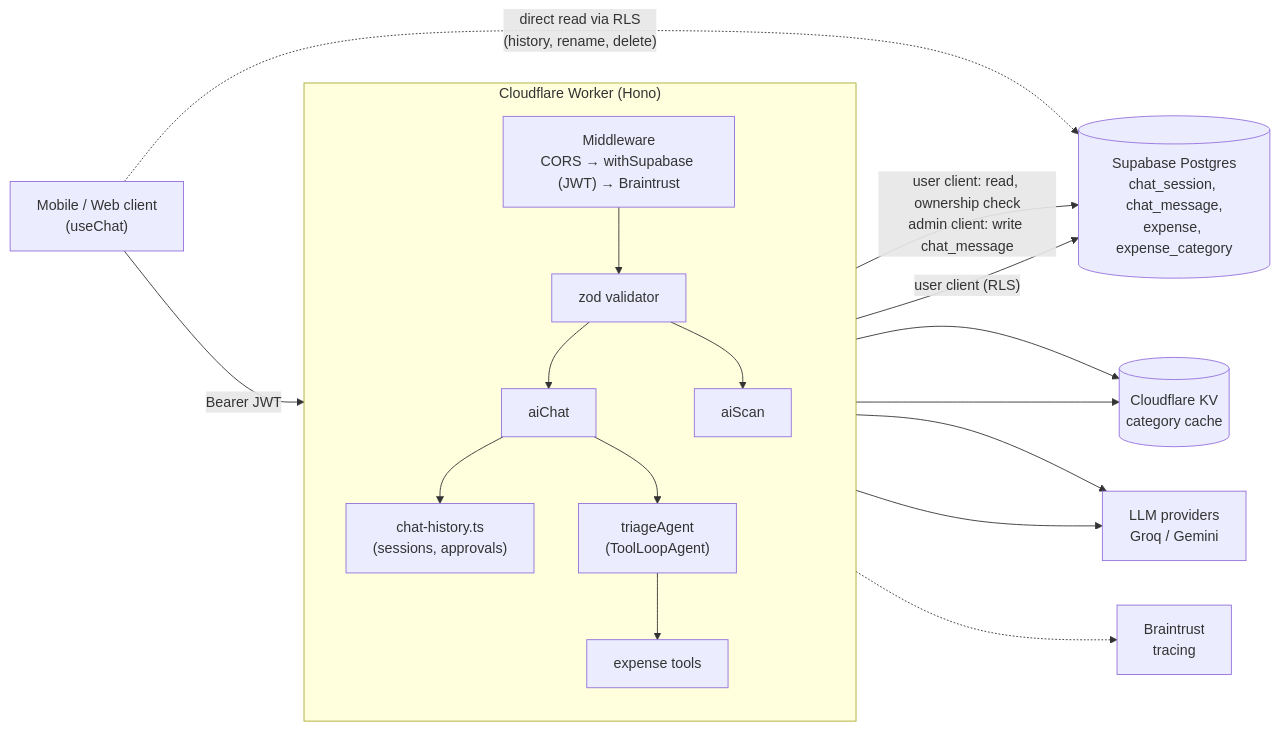
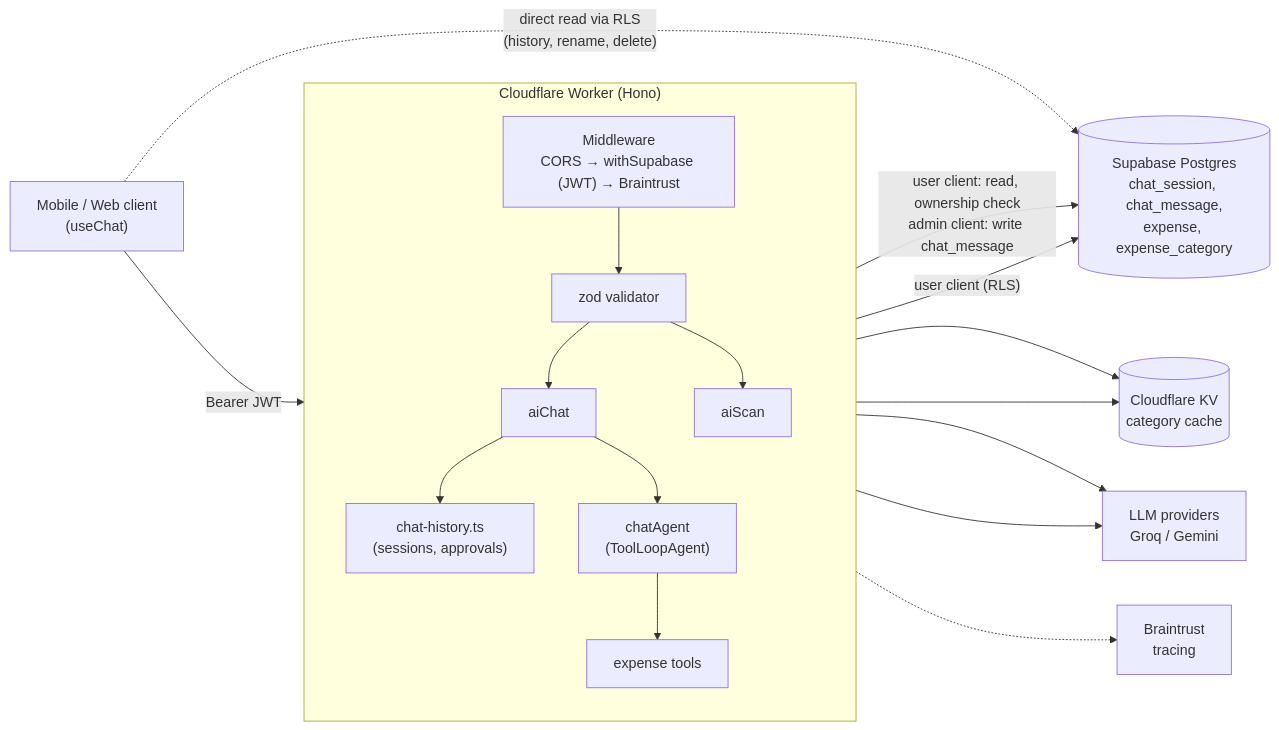
Before and after one commit to jia-wei-00/expense-tracker-agent: the first of 6 diagrams in README.md, drawn with Mermaid. The commit also changed other lines of this file and 8 other files, not shown here.

````diff
--- a/README.md
+++ b/README.md
@@ -37,34 +37,34 @@
 ```mermaid
 flowchart LR
     Client["Mobile / Web client<br/>(useChat)"]
 
     subgraph Worker["Cloudflare Worker (Hono)"]
         direction TB
         MW["Middleware<br/>CORS → withSupabase (JWT) → Braintrust"]
         Val["zod validator"]
         Chat["aiChat"]
         Scan["aiScan"]
         Hist["chat-history.ts<br/>(sessions, approvals)"]
-        Agent["triageAgent<br/>(ToolLoopAgent)"]
+        Agent["chatAgent<br/>(ToolLoopAgent)"]
         Tools["expense tools"]
         MW --> Val --> Chat
         Val --> Scan
         Chat --> Hist
         Chat --> Agent --> Tools
     end
 
     KV[("Cloudflare KV<br/>category cache")]
     SB[("Supabase Postgres<br/>chat_session, chat_message,<br/>expense, expense_category")]
     LLM["LLM providers<br/>Groq / Gemini"]
     BT["Braintrust<br/>tracing"]
 
     Client -- "Bearer JWT" --> MW
     Client -. "direct read via RLS<br/>(history, rename, delete)" .-> SB
     Hist -- "user client: read, ownership check<br/>admin client: write chat_message" --> SB
     Tools -- "user client (RLS)" --> SB
     Tools --> KV
     Scan --> KV
     Agent --> LLM
     Scan --> LLM
     Agent -.-> BT
 ```
````
